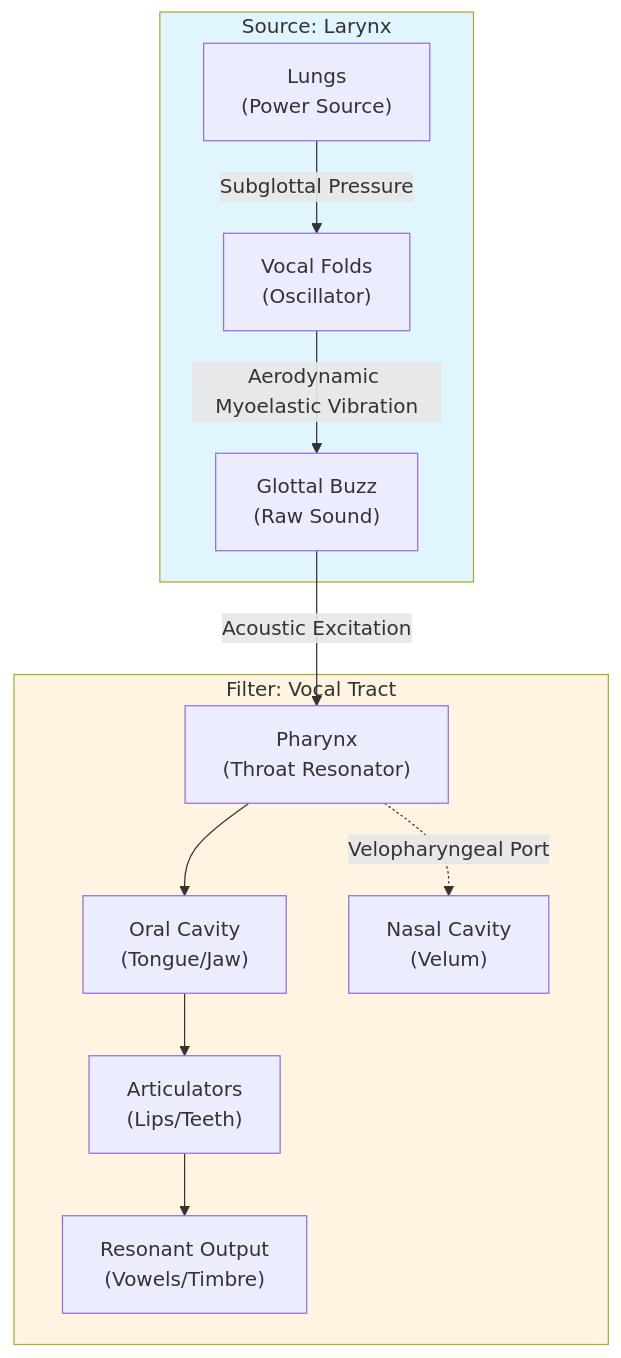
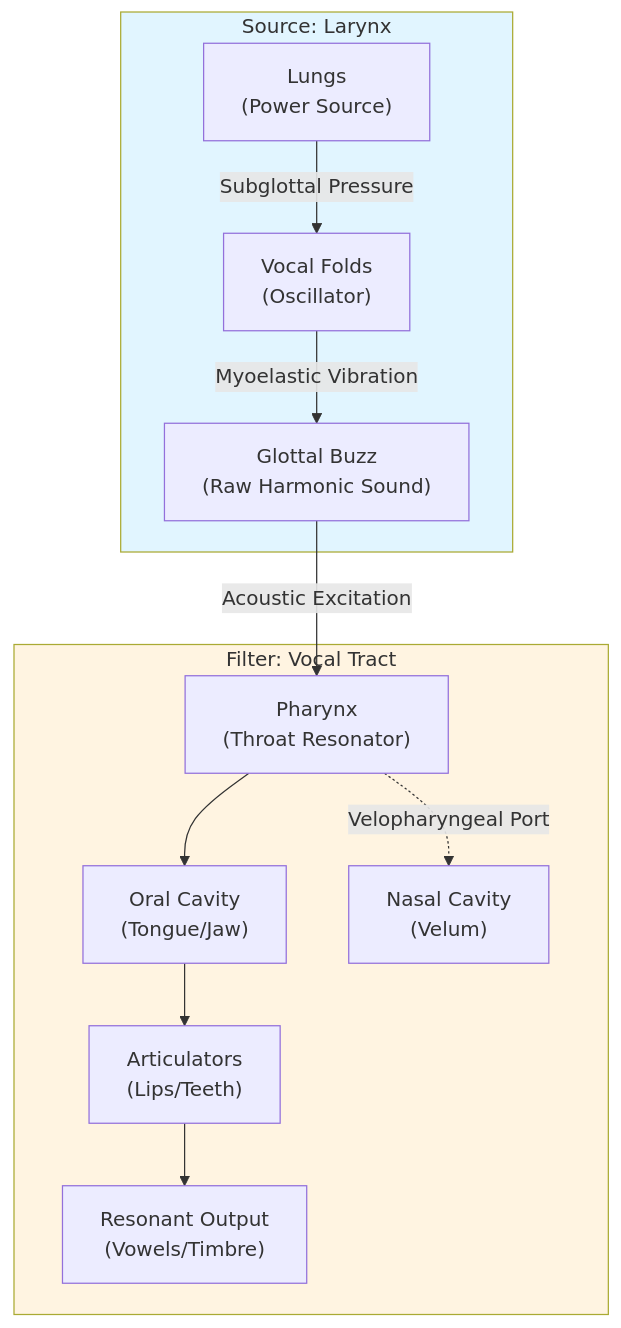
Before and after one commit to blebleblee/synapse: the first of 2 diagrams in topics/arts/music_performance/vocals/lesson_02_vocal_technique.md, drawn with Mermaid. The commit also changed other lines of this file and 4 other files, not shown here.

````diff
--- a/topics/arts/music_performance/vocals/lesson_02_vocal_technique.md
+++ b/topics/arts/music_performance/vocals/lesson_02_vocal_technique.md
@@ -14,27 +13,27 @@
 ```mermaid
 graph TB
     subgraph sub_source ["Source: Larynx"]
         A["Lungs<br/>(Power Source)"]
         B["Vocal Folds<br/>(Oscillator)"]
-        C["Glottal Buzz<br/>(Raw Sound)"]
+        C["Glottal Buzz<br/>(Raw Harmonic Sound)"]
     end
-    
+
     subgraph sub_filter ["Filter: Vocal Tract"]
         D["Pharynx<br/>(Throat Resonator)"]
         E["Oral Cavity<br/>(Tongue/Jaw)"]
         F["Nasal Cavity<br/>(Velum)"]
         G["Articulators<br/>(Lips/Teeth)"]
         H["Resonant Output<br/>(Vowels/Timbre)"]
     end
-    
+
     A -->|"Subglottal Pressure"| B
-    B -->|"Aerodynamic Myoelastic Vibration"| C
+    B -->|"Myoelastic Vibration"| C
     C -->|"Acoustic Excitation"| D
     D --> E
-    D -.->|Velopharyngeal Port| F
+    D -.->|"Velopharyngeal Port"| F
     E --> G
     G --> H
-    
+
     style sub_source fill:#e1f5ff
     style sub_filter fill:#fff4e1
 ```
````
